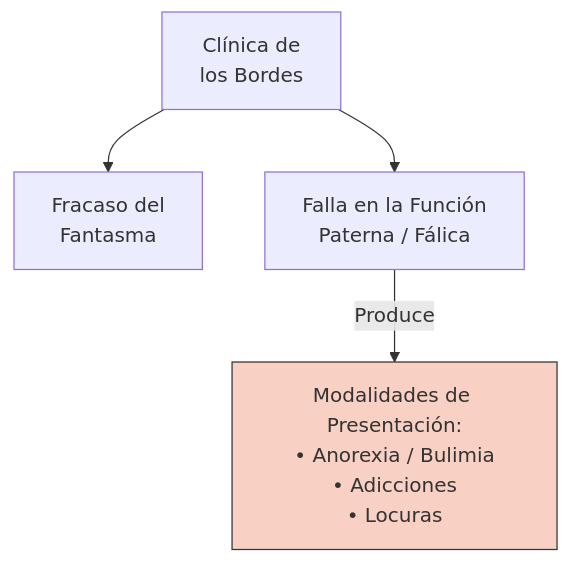
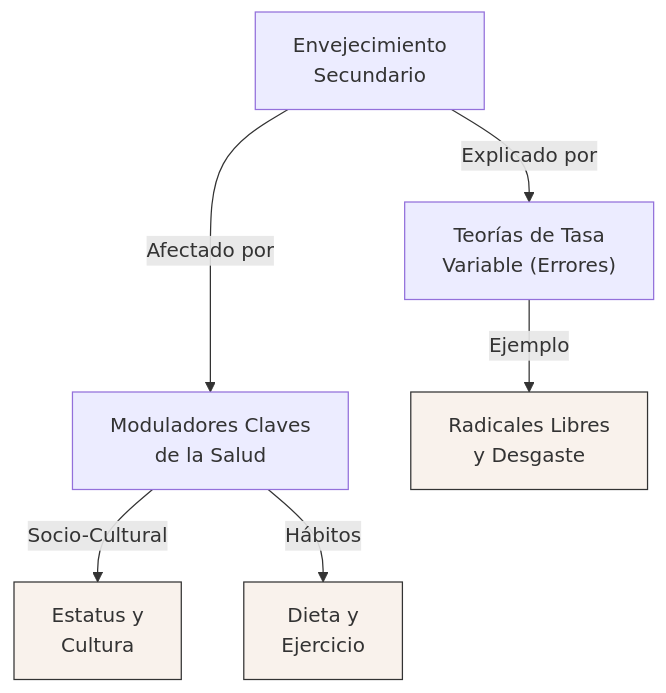
Before and after one commit to Franco4447/study-workflow: the diagram in skills/study-summarizer/SKILL.md, drawn with Mermaid. The commit also changed other lines of this file and 1 other file, not shown here.

First line of the commit message:
feat: complete Mermaid layout system overhaul

````diff
--- a/skills/study-summarizer/SKILL.md
+++ b/skills/study-summarizer/SKILL.md
@@ -52,9 +55,16 @@
 ```mermaid
 graph TD
-    A["Clínica de<br>los Bordes"] --> B["Fracaso del<br>Fantasma"]
-    A --> C["Falla en la Función<br>Paterna / Fálica"]
+    A["Envejecimiento<br>Secundario"]
     
-    C -->|"Produce"| D["Modalidades de Presentación:<br>• Anorexia / Bulimia<br>• Adicciones<br>• Locuras"]
+    A -->|"Explicado por"| B["Teorías de Tasa<br>Variable (Errores)"]
+    A --->|"Afectado por"| C["Moduladores Claves<br>de la Salud"]
     
-    style D fill:#f9d0c4,stroke:#333
+    B -->|"Ejemplo"| B1["Radicales Libres<br>y Desgaste"]
+    
+    C -->|"Socio-Cultural"| C1["Estatus y<br>Cultura"]
+    C -->|"Hábitos"| C2["Dieta y<br>Ejercicio"]
+    
+    style B1 fill:#f9f2ec,stroke:#333
+    style C1 fill:#f9f2ec,stroke:#333
+    style C2 fill:#f9f2ec,stroke:#333
 ```
````
